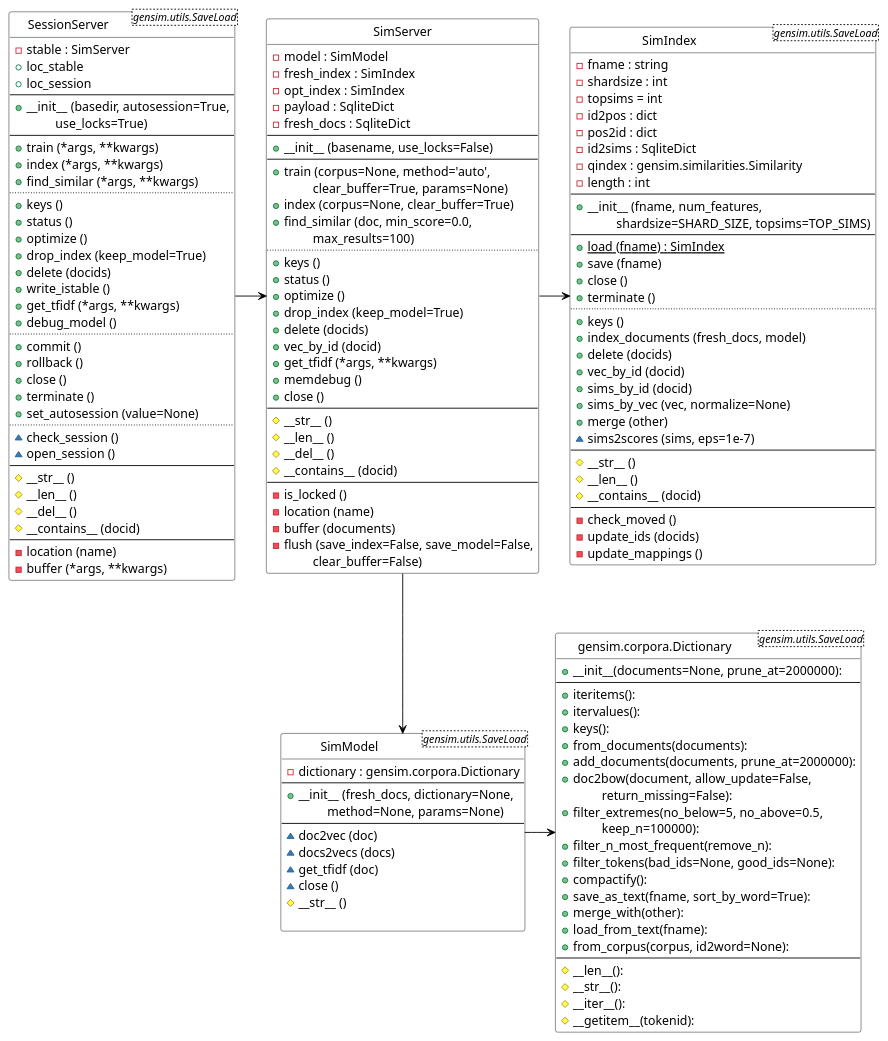
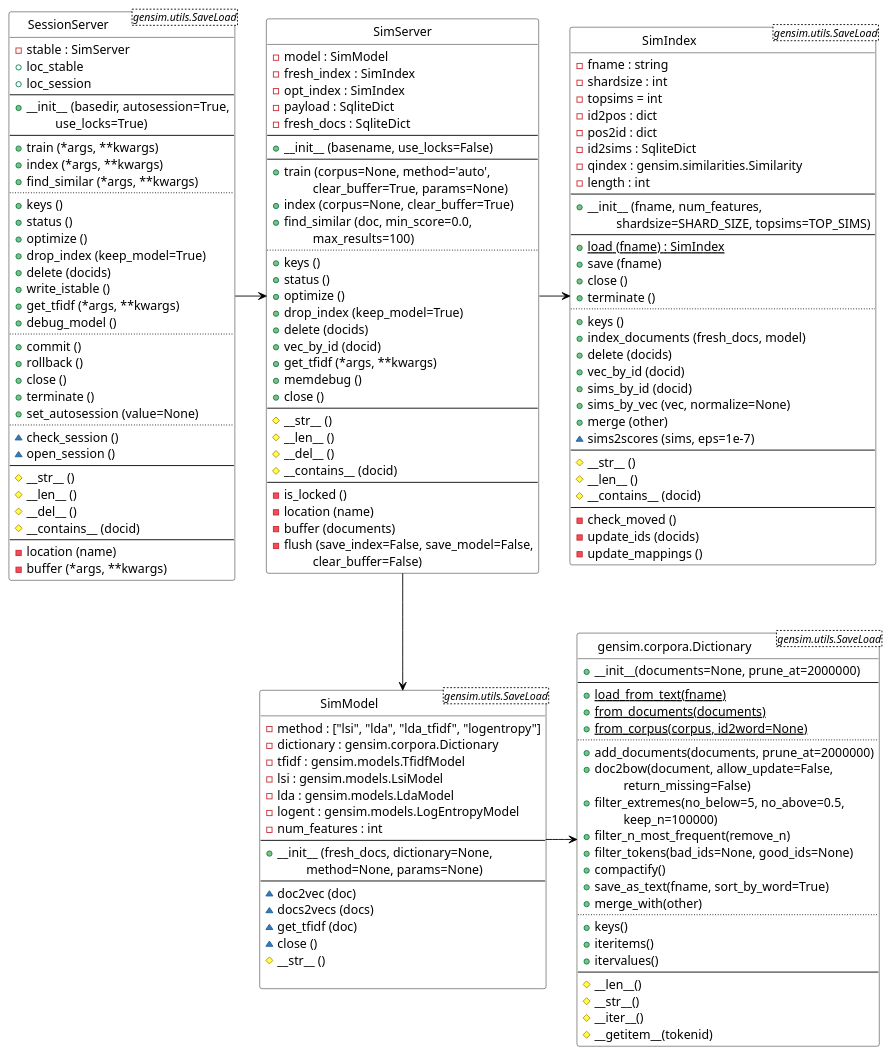
Before and after one commit to isleon/gensim-simserver: the diagram in docs/gensim-server.puml, drawn with PlantUML. The commit also changed 1 other file, not shown here.

Commit message:
docs(gensim): update gensim.corpora.Dictionary diagram

```diff
--- a/docs/gensim-server.puml
+++ b/docs/gensim-server.puml
@@ -1,177 +1,185 @@
 @startuml
 
 'skinparam monochrome true
 skinparam classBackgroundColor White
 skinparam classArrowColor Black
 skinparam classBorderColor Black
 skinparam stereotypeCBackgroundColor Gray
 'hide members
 hide circle
 
 class SimIndex <gensim.utils.SaveLoad> {
     -fname : string
     -shardsize : int
     -topsims = int
     -id2pos : dict
     -pos2id : dict
     -id2sims : SqliteDict
     -qindex : gensim.similarities.Similarity
     -length : int
     --
     +__init__ (fname, num_features, 
         \t shardsize=SHARD_SIZE, topsims=TOP_SIMS)
     --
     +{static}load (fname) : SimIndex
     +save (fname)
     +close ()
     +terminate ()
     ..
     +keys ()
     +index_documents (fresh_docs, model)
     +delete (docids)
     +vec_by_id (docid)
     +sims_by_id (docid)
     +sims_by_vec (vec, normalize=None)
     +merge (other)
     ~sims2scores (sims, eps=1e-7)
     --
     #__str__ ()
     #__len__ ()
     #__contains__ (docid)
     --
     -check_moved ()
     -update_ids (docids)
     -update_mappings ()
 }
 
 class SimModel <gensim.utils.SaveLoad> {
+    -method : ["lsi", "lda", "lda_tfidf", "logentropy"]
     -dictionary : gensim.corpora.Dictionary
+    -tfidf : gensim.models.TfidfModel
+    -lsi : gensim.models.LsiModel
+    -lda : gensim.models.LdaModel
+    -logent : gensim.models.LogEntropyModel
+    -num_features : int
     --
     +__init__ (fresh_docs, dictionary=None, 
         \t method=None, params=None)
     --
     ~doc2vec (doc)
     ~docs2vecs (docs)
     ~get_tfidf (doc)
     ~close ()
     #__str__ ()
 
 'class IterableCorpus {
 '    #__iter__ ()
 '    #__len__ ()
 '}
 }
 
 class Dictionary as "gensim.corpora.Dictionary" <gensim.utils.SaveLoad> {
-    +__init__(documents=None, prune_at=2000000):
+    +__init__(documents=None, prune_at=2000000)
     --
-    +iteritems():
-    +itervalues():
-    +keys():
-    +from_documents(documents):
-    +add_documents(documents, prune_at=2000000):
+    +{static} load_from_text(fname)
+    +{static} from_documents(documents)
+    +{static} from_corpus(corpus, id2word=None)
+    ..
+    +add_documents(documents, prune_at=2000000)
     +doc2bow(document, allow_update=False, 
-        \t return_missing=False):
+        \t return_missing=False)
     +filter_extremes(no_below=5, no_above=0.5, 
-        \t keep_n=100000):
-    +filter_n_most_frequent(remove_n):
-    +filter_tokens(bad_ids=None, good_ids=None):
-    +compactify():
-    +save_as_text(fname, sort_by_word=True):
-    +merge_with(other):
-    +load_from_text(fname):
-    +from_corpus(corpus, id2word=None):
+        \t keep_n=100000)
+    +filter_n_most_frequent(remove_n)
+    +filter_tokens(bad_ids=None, good_ids=None)
+    +compactify()
+    +save_as_text(fname, sort_by_word=True)
+    +merge_with(other)
+    ..
+    +keys()
+    +iteritems()
+    +itervalues()
     --
-    #__len__():
-    #__str__():
-    #__iter__():
-    #__getitem__(tokenid):
+    #__len__()
+    #__str__()
+    #__iter__()
+    #__getitem__(tokenid)
 }
 
 SimModel -r-> Dictionary
 
 class SimServer {
     -model : SimModel
     -fresh_index : SimIndex
     -opt_index : SimIndex
     -payload : SqliteDict
     -fresh_docs : SqliteDict
     --
     +__init__ (basename, use_locks=False)
     --
     +train (corpus=None, method='auto', 
         \t clear_buffer=True, params=None)
     +index (corpus=None, clear_buffer=True)
     +find_similar (doc, min_score=0.0, 
         \t max_results=100)
     ..
     +keys ()
     +status ()
     +optimize ()
     +drop_index (keep_model=True)
     +delete (docids)
     +vec_by_id (docid)
     +get_tfidf (*args, **kwargs)
     +memdebug ()
     +close ()
     --
     #__str__ ()
     #__len__ ()
     #__del__ ()
     #__contains__ (docid)
     --
     -is_locked ()
     -location (name)
     -buffer (documents)
     -flush (save_index=False, save_model=False, 
         \t clear_buffer=False)
 }
 
 class SessionServer <gensim.utils.SaveLoad> {
     -stable : SimServer
     +loc_stable
     +loc_session
     --
     +__init__ (basedir, autosession=True, 
         \t use_locks=True)
     --
     +train (*args, **kwargs)
     +index (*args, **kwargs)
     +find_similar (*args, **kwargs)
     ..
     +keys ()
     +status ()
     +optimize ()
     +drop_index (keep_model=True)
     +delete (docids)
     +write_istable ()
     +get_tfidf (*args, **kwargs)
     +debug_model ()
     ..
     +commit ()
     +rollback ()
     +close ()
     +terminate ()
     +set_autosession (value=None)
     ..
     ~check_session ()
     ~open_session ()
     --
     #__str__ ()
     #__len__ ()
     #__del__ ()
     #__contains__ (docid)
     --
     -location (name)
     -buffer (*args, **kwargs)
 }
 
 SessionServer -r-> SimServer
 SimServer -r-> SimIndex
 SimServer -d-> SimModel
 
 'SimIndex -u-|> gensim.utils.SaveLoad
 'SimModel -r-|> gensim.utils.SaveLoad
 'SessionServer -u-|> gensim.utils.SaveLoad
 
 @enduml
```
